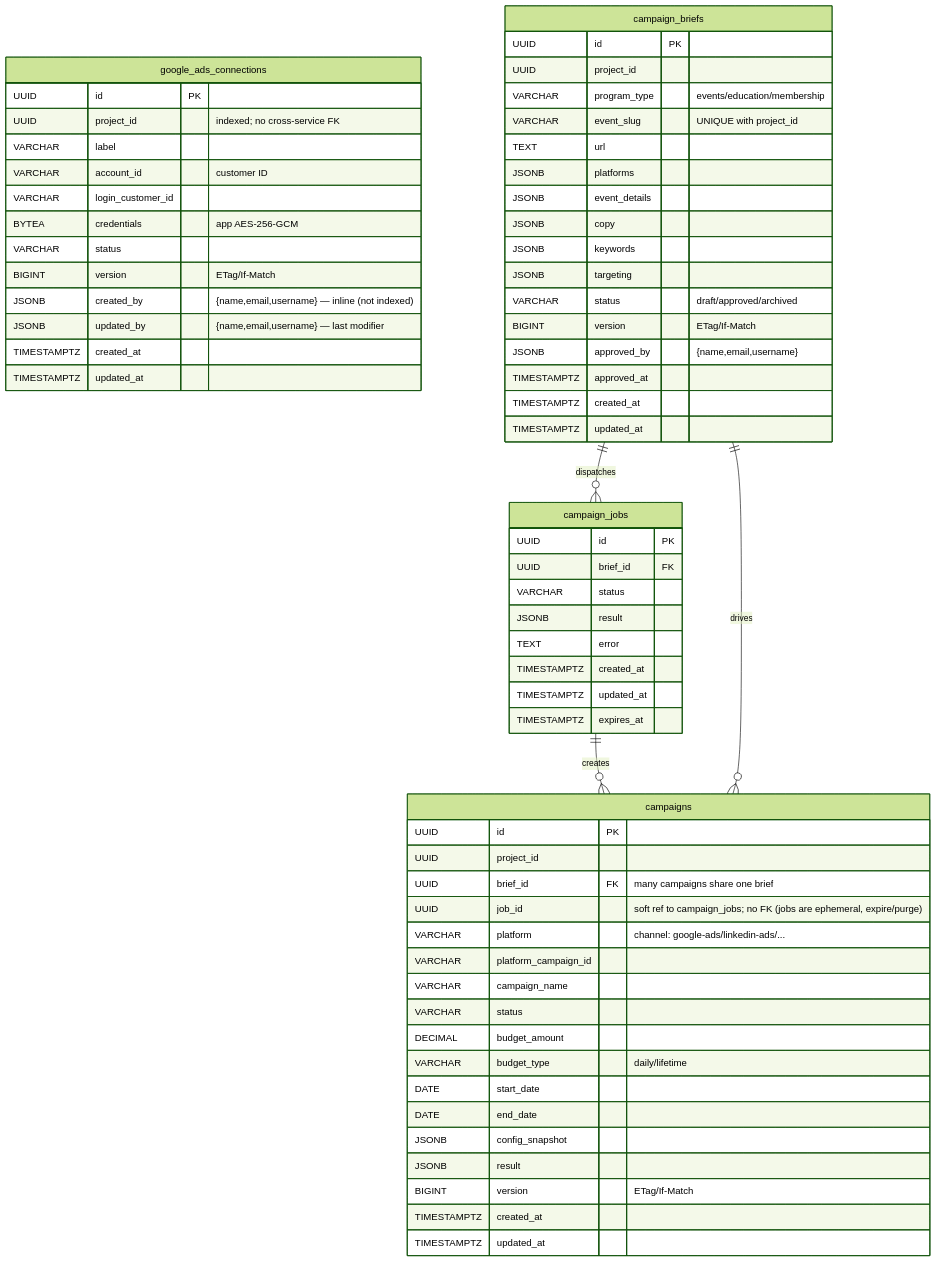
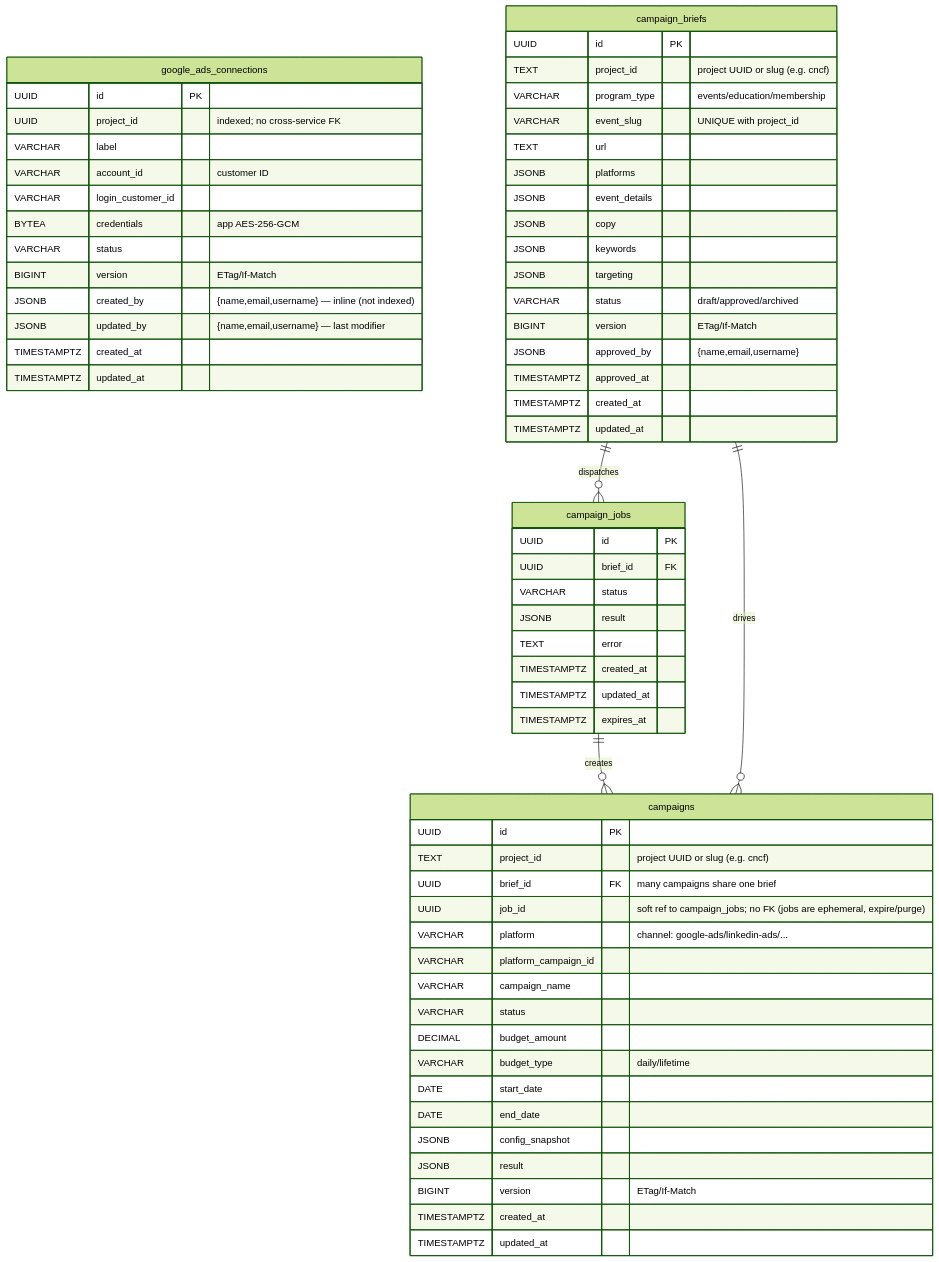
The seventh of 8 diagrams in docs/architecture.md (linuxfoundation/lfx-v2-campaign-service), drawn with Mermaid (forest theme) before and after one commit. The commit also changed other lines of this file and 6 other files, not shown here.

````diff
--- a/docs/architecture.md
+++ b/docs/architecture.md
@@ -340,71 +340,71 @@
 ```mermaid
 erDiagram
     google_ads_connections {
         UUID id PK
         UUID project_id "indexed; no cross-service FK"
         VARCHAR label
         VARCHAR account_id "customer ID"
         VARCHAR login_customer_id
         BYTEA credentials "app AES-256-GCM"
         VARCHAR status
         BIGINT version "ETag/If-Match"
         JSONB created_by "{name,email,username} — inline (not indexed)"
         JSONB updated_by "{name,email,username} — last modifier"
         TIMESTAMPTZ created_at
         TIMESTAMPTZ updated_at
     }
 
     campaign_briefs {
         UUID id PK
-        UUID project_id
+        TEXT project_id "project UUID or slug (e.g. cncf)"
         VARCHAR program_type "events/education/membership"
         VARCHAR event_slug "UNIQUE with project_id"
         TEXT url
         JSONB platforms
         JSONB event_details
         JSONB copy
         JSONB keywords
         JSONB targeting
         VARCHAR status "draft/approved/archived"
         BIGINT version "ETag/If-Match"
         JSONB approved_by "{name,email,username}"
         TIMESTAMPTZ approved_at
         TIMESTAMPTZ created_at
         TIMESTAMPTZ updated_at
     }
 
     campaigns {
         UUID id PK
-        UUID project_id
+        TEXT project_id "project UUID or slug (e.g. cncf)"
         UUID brief_id FK "many campaigns share one brief"
         UUID job_id "soft ref to campaign_jobs; no FK (jobs are ephemeral, expire/purge)"
         VARCHAR platform "channel: google-ads/linkedin-ads/..."
         VARCHAR platform_campaign_id
         VARCHAR campaign_name
         VARCHAR status
         DECIMAL budget_amount
         VARCHAR budget_type "daily/lifetime"
         DATE start_date
         DATE end_date
         JSONB config_snapshot
         JSONB result
         BIGINT version "ETag/If-Match"
         TIMESTAMPTZ created_at
         TIMESTAMPTZ updated_at
     }
 
     campaign_jobs {
         UUID id PK
         UUID brief_id FK
         VARCHAR status
         JSONB result
         TEXT error
         TIMESTAMPTZ created_at
         TIMESTAMPTZ updated_at
         TIMESTAMPTZ expires_at
     }
 
     campaign_briefs ||--o{ campaign_jobs : "dispatches"
     campaign_jobs ||--o{ campaigns : "creates"
     campaign_briefs ||--o{ campaigns : "drives"
 ```
````
